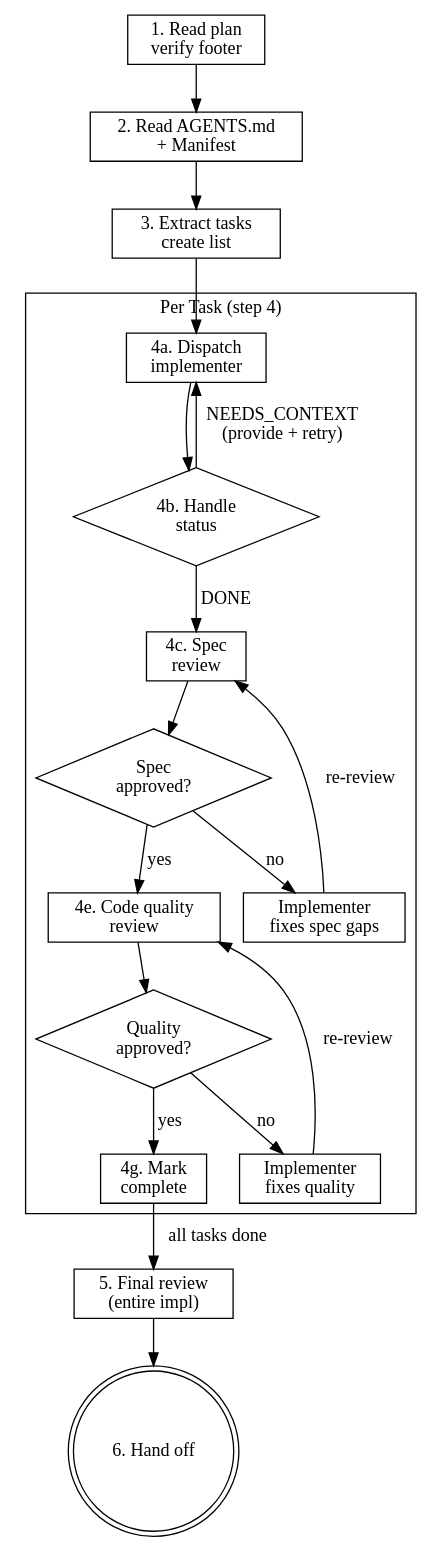
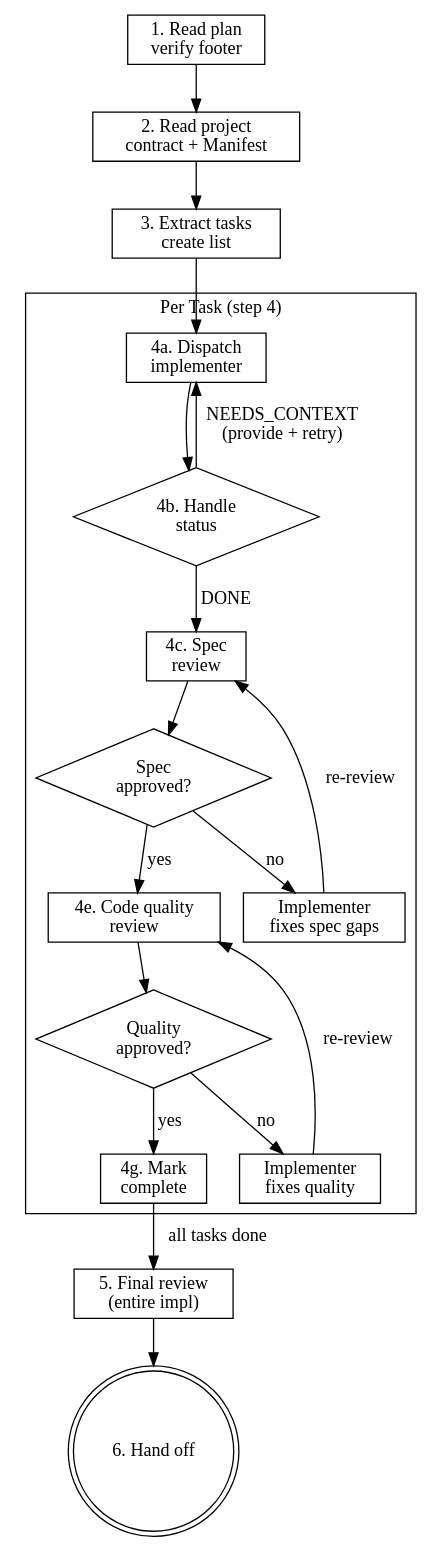
The second of 2 diagrams in skills/subagent-driven-development/SKILL.md (rainhan99/zeus), drawn with Graphviz before and after one commit. The commit also changed other lines of this file and 8 other files, not shown here.

````diff
--- a/skills/subagent-driven-development/SKILL.md
+++ b/skills/subagent-driven-development/SKILL.md
@@ -60,40 +60,40 @@
 ```dot
 digraph subagent_flow {
   rankdir=TB;
 
   subgraph cluster_per_task {
     label="Per Task (step 4)";
     dispatch [label="4a. Dispatch\nimplementer", shape=box];
     status [label="4b. Handle\nstatus", shape=diamond];
     spec [label="4c. Spec\nreview", shape=box];
     spec_ok [label="Spec\napproved?", shape=diamond];
     fix_spec [label="Implementer\nfixes spec gaps", shape=box];
     quality [label="4e. Code quality\nreview", shape=box];
     quality_ok [label="Quality\napproved?", shape=diamond];
     fix_quality [label="Implementer\nfixes quality", shape=box];
     done [label="4g. Mark\ncomplete", shape=box];
 
     dispatch -> status;
     status -> spec [label="DONE"];
     status -> dispatch [label="NEEDS_CONTEXT\n(provide + retry)"];
     spec -> spec_ok;
     spec_ok -> quality [label="yes"];
     spec_ok -> fix_spec [label="no"];
     fix_spec -> spec [label="re-review"];
     quality -> quality_ok;
     quality_ok -> done [label="yes"];
     quality_ok -> fix_quality [label="no"];
     fix_quality -> quality [label="re-review"];
   }
 
   read [label="1. Read plan\nverify footer", shape=box];
-  context [label="2. Read AGENTS.md\n+ Manifest", shape=box];
+  context [label="2. Read project\ncontract + Manifest", shape=box];
   extract [label="3. Extract tasks\ncreate list", shape=box];
   final [label="5. Final review\n(entire impl)", shape=box];
   handoff [label="6. Hand off", shape=doublecircle];
 
   read -> context -> extract -> dispatch;
   done -> final [label="all tasks done"];
   final -> handoff;
 }
 ```
````
